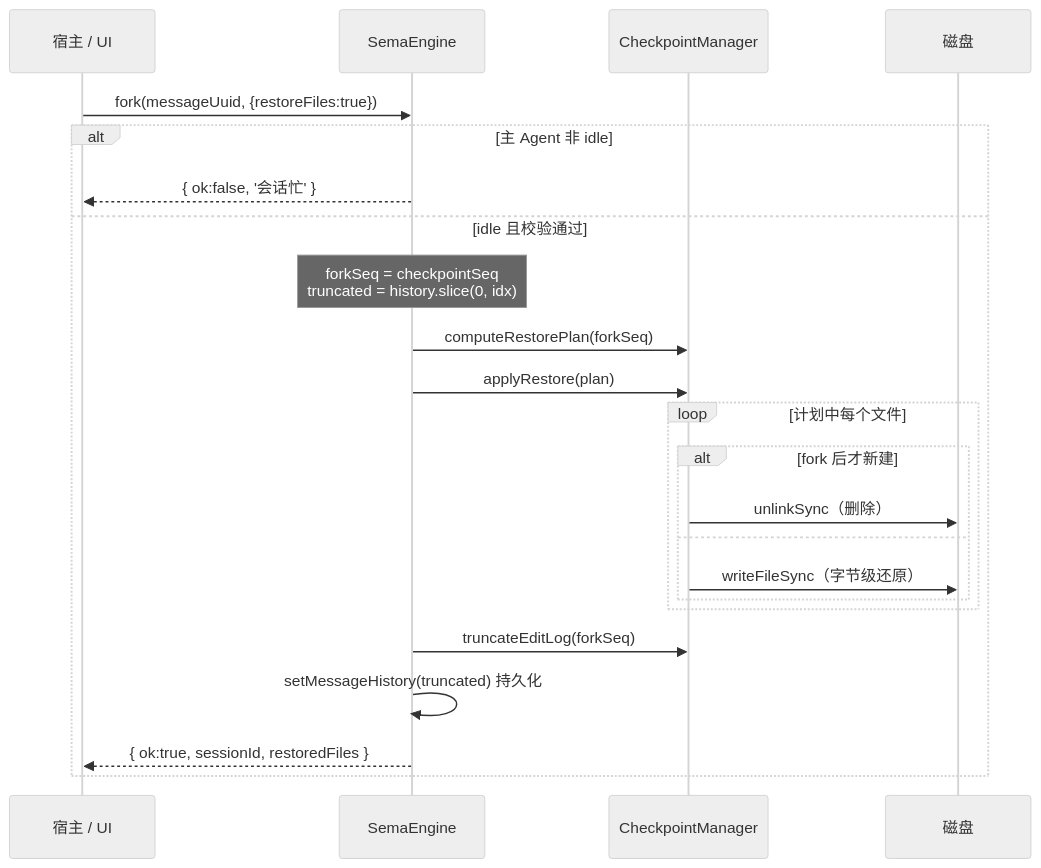
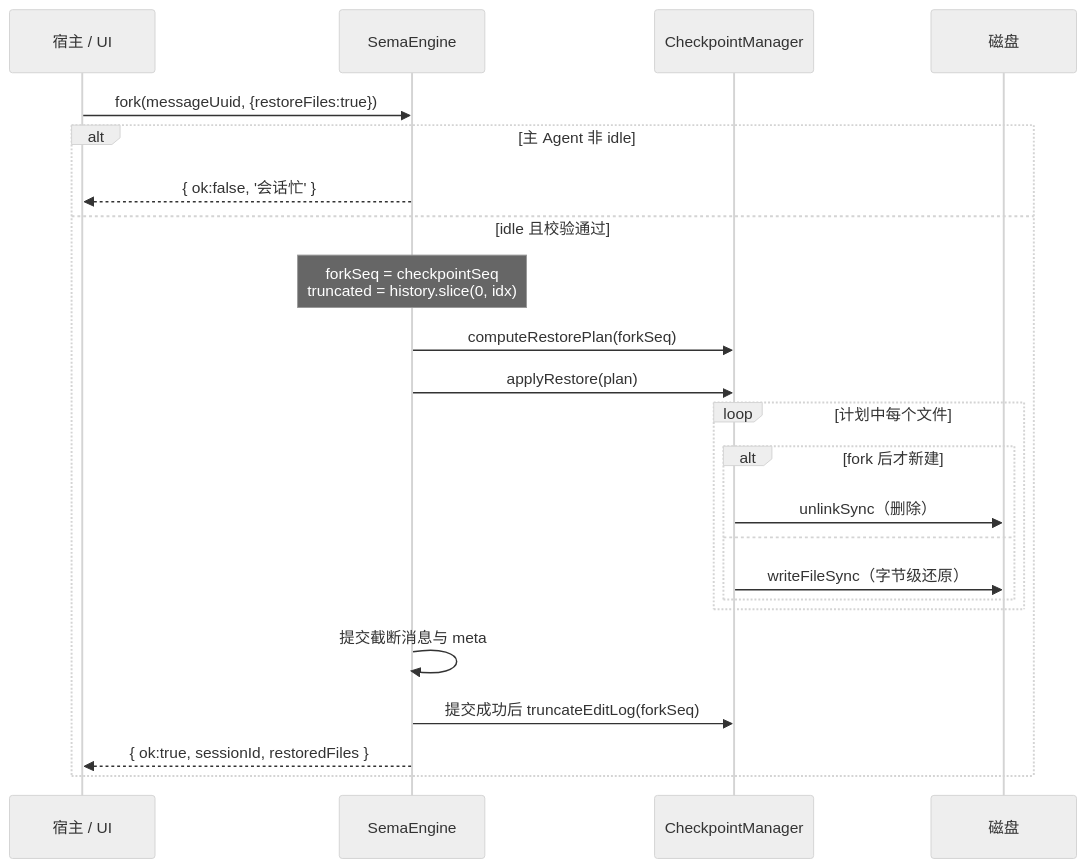
Before and after one commit to midea-ai/sema-code-core: the second of 2 diagrams in docs/wiki/core-concepts/session-fork/index.md, drawn with Mermaid (neutral theme). The commit also changed other lines of this file and 37 other files, not shown here.

Commit message:
feat(core): 历史改 meta+jsonl 分片存储，支持崩溃恢复与写锁，新增 HISTORY_CORRUPT/BUSY/WRITE_FAILED 错误码并同步三端 SDK 与文档

````diff
--- a/docs/wiki/core-concepts/session-fork/index.md
+++ b/docs/wiki/core-concepts/session-fork/index.md
@@ -194,26 +190,26 @@
 ```mermaid
 sequenceDiagram
     participant Host as 宿主 / UI
     participant EN as SemaEngine
     participant CM as CheckpointManager
     participant FS as 磁盘
 
     Host->>EN: fork(messageUuid, {restoreFiles:true})
     alt 主 Agent 非 idle
         EN-->>Host: { ok:false, '会话忙' }
     else idle 且校验通过
         Note over EN: forkSeq = checkpointSeq<br/>truncated = history.slice(0, idx)
         EN->>CM: computeRestorePlan(forkSeq)
         EN->>CM: applyRestore(plan)
         loop 计划中每个文件
             alt fork 后才新建
                 CM->>FS: unlinkSync（删除）
             else
                 CM->>FS: writeFileSync（字节级还原）
             end
         end
-        EN->>CM: truncateEditLog(forkSeq)
-        EN->>EN: setMessageHistory(truncated) 持久化
+        EN->>EN: 提交截断消息与 meta
+        EN->>CM: 提交成功后 truncateEditLog(forkSeq)
         EN-->>Host: { ok:true, sessionId, restoredFiles }
     end
 ```
````
